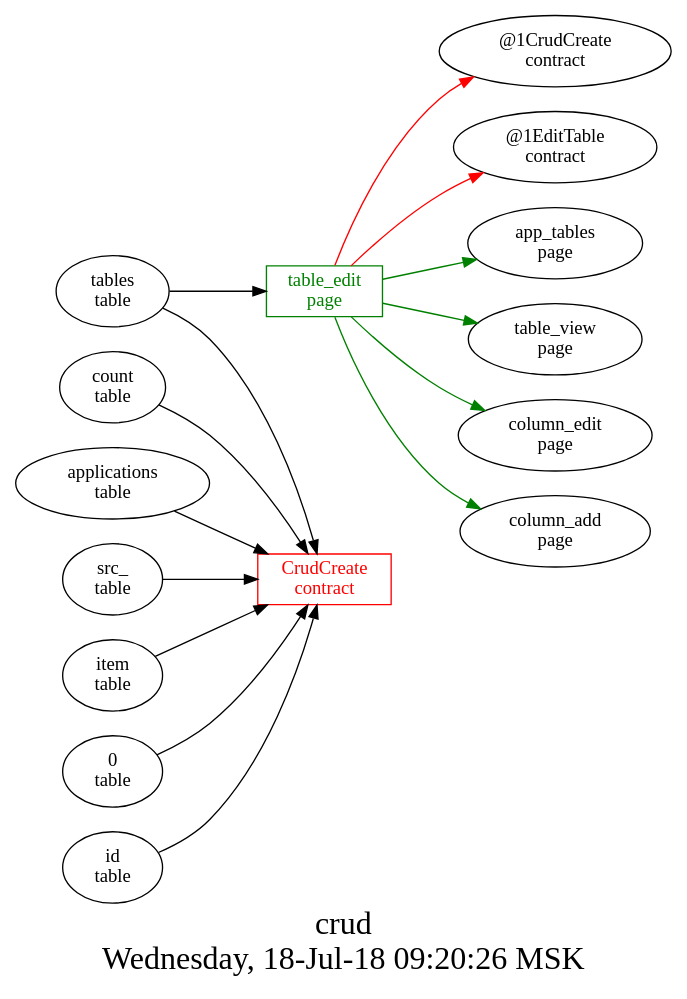
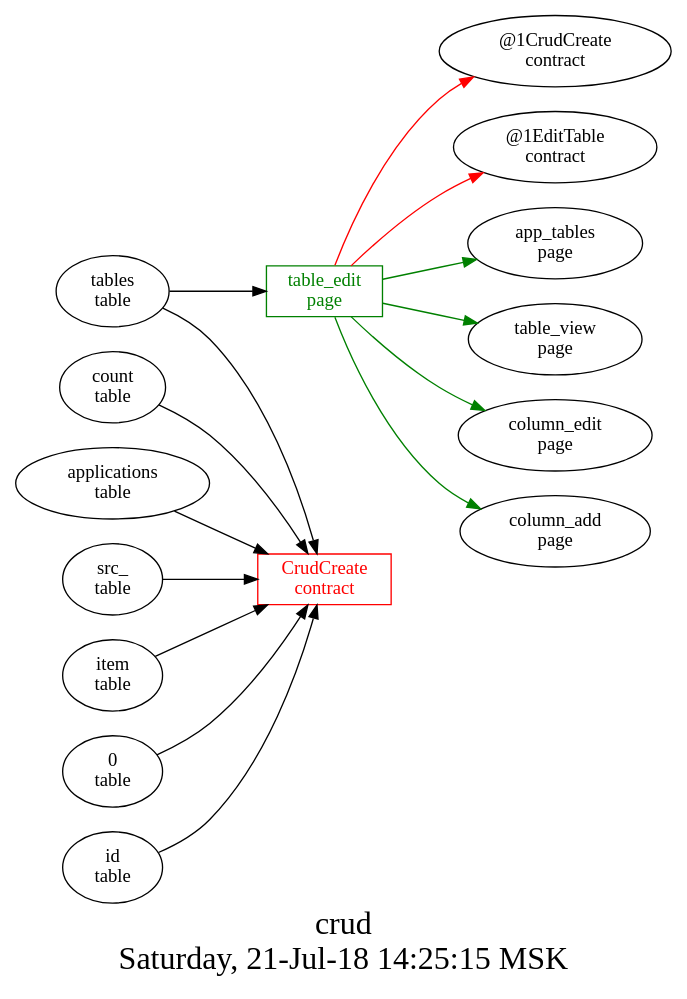
Before and after one commit to AplaProject/apps: the diagram in src/crud/struct.dot, drawn with Graphviz. The commit also changed 1 other file, not shown here.

```diff
--- a/src/crud/struct.dot
+++ b/src/crud/struct.dot
@@ -1,26 +1,26 @@
 digraph G {
 graph [
   fontsize="24";
-  label="crud\nWednesday, 18-Jul-18 09:20:26 MSK";
+  label="crud\nSaturday, 21-Jul-18 14:25:15 MSK";
   nojustify=true;
   ordering=out;
   rankdir=LR;
   size="30";
 ];
 "table_edit\npage" -> "@1CrudCreate\ncontract"  [ color=red ]
 "table_edit\npage" -> "@1EditTable\ncontract"  [ color=red ]
 "tables\ntable" -> "table_edit\npage"
 "table_edit\npage" -> "app_tables\npage"  [ color=green ]
 "table_edit\npage" -> "table_view\npage"  [ color=green ]
 "table_edit\npage" -> "column_edit\npage"  [ color=green ]
 "table_edit\npage" -> "column_add\npage"  [ color=green ]
 "table_edit\npage" [color=green, fontcolor=green, group=pages, shape=record];
 "count\ntable" -> "CrudCreate\ncontract"
 "applications\ntable" -> "CrudCreate\ncontract"
 "src_\ntable" -> "CrudCreate\ncontract"
 "item\ntable" -> "CrudCreate\ncontract"
 "0\ntable" -> "CrudCreate\ncontract"
 "id\ntable" -> "CrudCreate\ncontract"
 "tables\ntable" -> "CrudCreate\ncontract"
 "CrudCreate\ncontract" [color=red, fontcolor=red, group=contracts, shape=record];
 }
```
